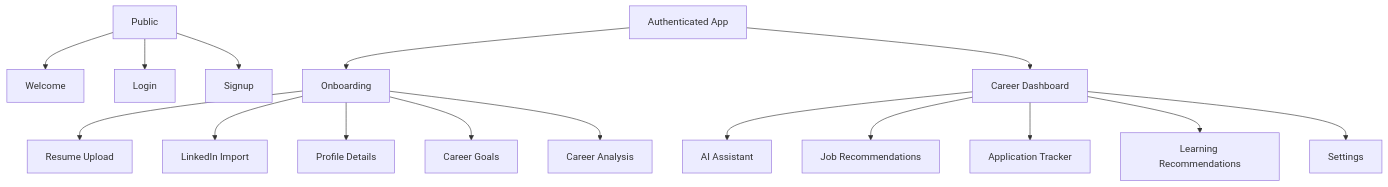
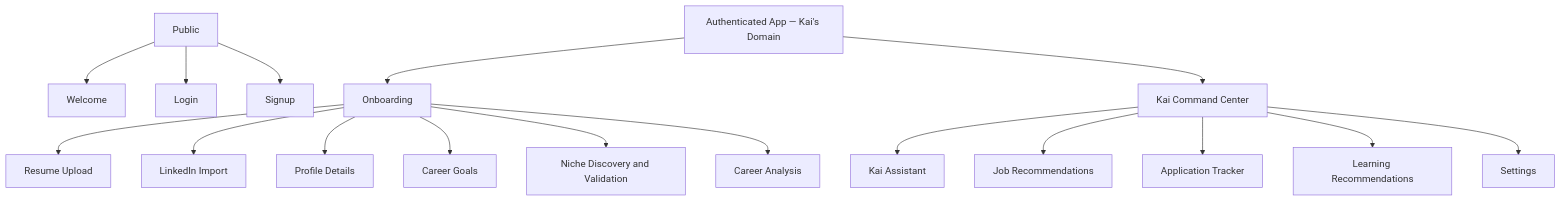
The diagram in docs/MVP_UI_SITEMAP.md (Mirzzie/Fadi), drawn with Mermaid before and after one commit. The commit also changed other lines of this file and 65 other files, not shown here.

First line of the commit message:
docs: update architecture docs for Better Auth, Kai, and data sources

````diff
--- a/docs/MVP_UI_SITEMAP.md
+++ b/docs/MVP_UI_SITEMAP.md
@@ -9,22 +9,23 @@
 ```mermaid
 flowchart TD
     Public[Public]
     Public --> Welcome[Welcome]
     Public --> Login[Login]
     Public --> Signup[Signup]
 
-    App[Authenticated App]
+    App[Authenticated App — Kai's Domain]
     App --> Onboarding[Onboarding]
     Onboarding --> Resume[Resume Upload]
     Onboarding --> LinkedIn[LinkedIn Import]
     Onboarding --> Profile[Profile Details]
     Onboarding --> Goals[Career Goals]
+    Onboarding --> Niche[Niche Discovery and Validation]
     Onboarding --> Analysis[Career Analysis]
 
-    App --> Dashboard[Career Dashboard]
-    Dashboard --> Assistant[AI Assistant]
+    App --> Dashboard[Kai Command Center]
+    Dashboard --> Assistant[Kai Assistant]
     Dashboard --> Jobs[Job Recommendations]
     Dashboard --> Applications[Application Tracker]
     Dashboard --> Learning[Learning Recommendations]
     Dashboard --> Settings[Settings]
 ```
````
